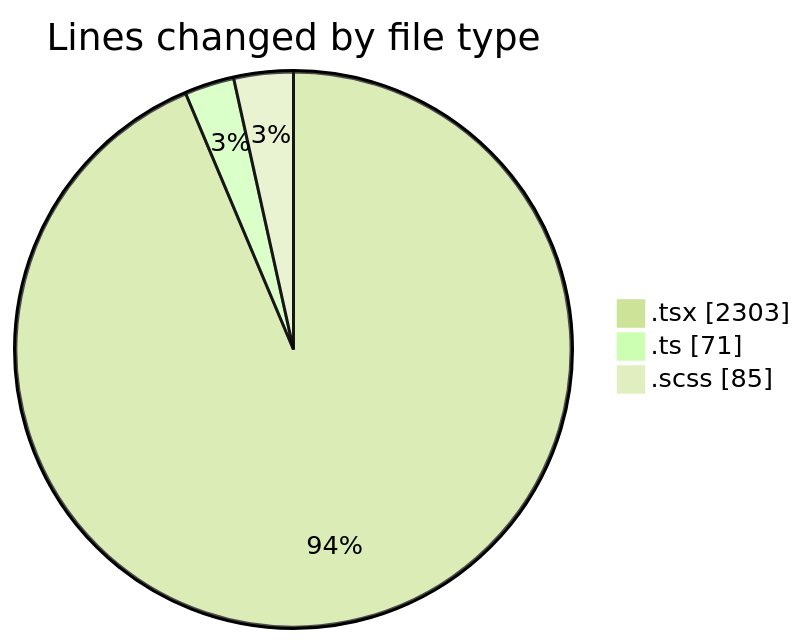
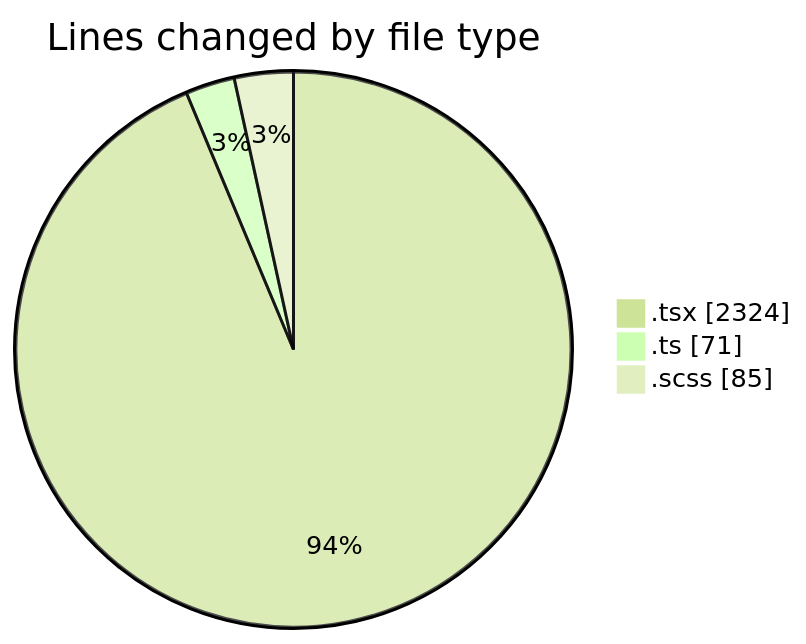
One commit to momahboobian/code-tracking changed the first of 2 diagrams in 2025-02-11/cda/README.md. Above: the diagram before and after it, drawn with Mermaid (forest theme). The commit also changed other lines of this file and 1 other file, not shown here.

````diff
--- a/2025-02-11/cda/README.md
+++ b/2025-02-11/cda/README.md
@@ -24,7 +24,7 @@
 ```mermaid
 pie showData
 title Lines changed by file type
-".tsx" : 2303
+".tsx" : 2324
 ".ts" : 71
 ".scss" : 85
 ```
````
